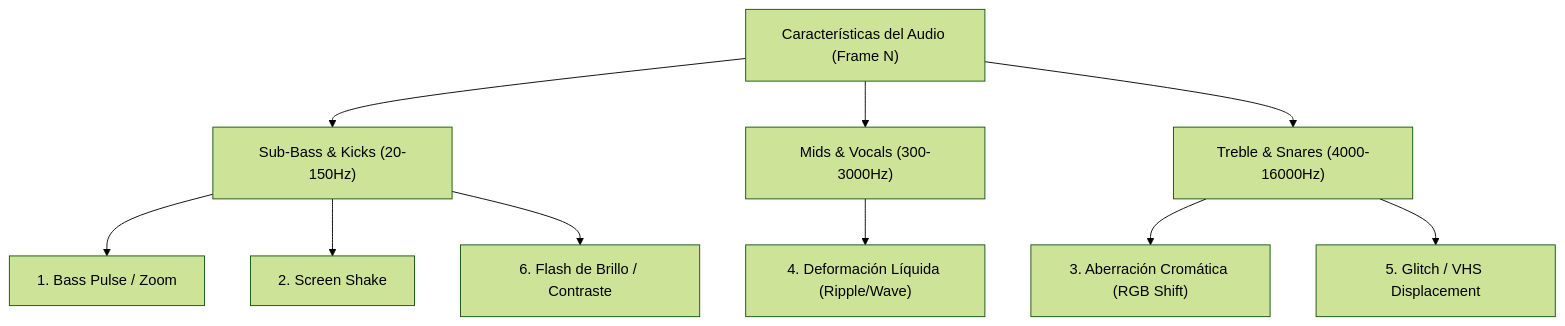
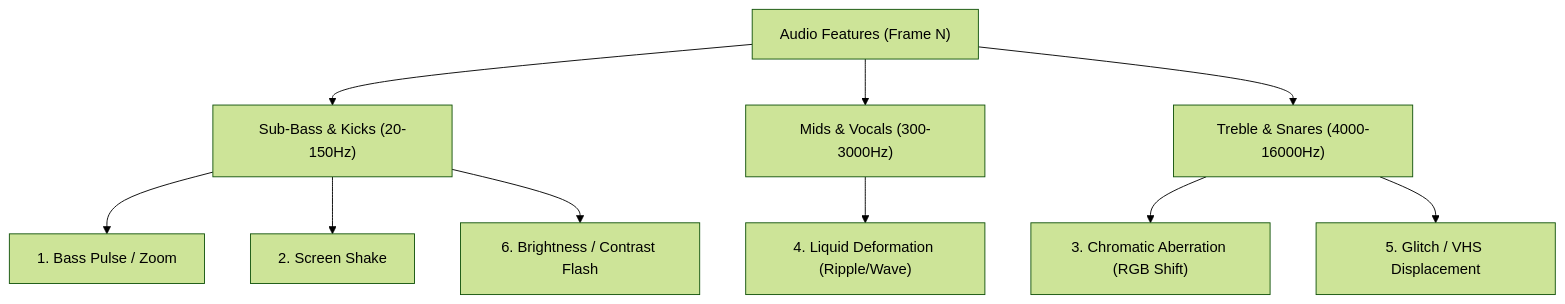
Before and after one commit to JulioGuillermo/AudioViz: the diagram in planning/03_VISUAL_EFFECTS_AND_BACKGROUND.md, drawn with Mermaid (forest theme). The commit also changed other lines of this file and 99 other files, not shown here.

First line of the commit message:
Translate everything to English with a selectable UI language; lyric editing on the timeline

````diff
--- a/planning/03_VISUAL_EFFECTS_AND_BACKGROUND.md
+++ b/planning/03_VISUAL_EFFECTS_AND_BACKGROUND.md
@@ -24,14 +24,14 @@
 ```mermaid
 flowchart TD
-    AudioFeatures["Características del Audio (Frame N)"]
+    AudioFeatures["Audio Features (Frame N)"]
     AudioFeatures --> Bass["Sub-Bass & Kicks (20-150Hz)"]
     AudioFeatures --> Mids["Mids & Vocals (300-3000Hz)"]
     AudioFeatures --> Treble["Treble & Snares (4000-16000Hz)"]
     
     Bass --> ZoomPulse["1. Bass Pulse / Zoom"]
     Bass --> Shake["2. Screen Shake"]
-    Treble --> ChromaticAberration["3. Aberración Cromática (RGB Shift)"]
-    Mids --> WaveRipple["4. Deformación Líquida (Ripple/Wave)"]
+    Treble --> ChromaticAberration["3. Chromatic Aberration (RGB Shift)"]
+    Mids --> WaveRipple["4. Liquid Deformation (Ripple/Wave)"]
     Treble --> Glitch["5. Glitch / VHS Displacement"]
-    Bass --> ColorLighting["6. Flash de Brillo / Contraste"]
+    Bass --> ColorLighting["6. Brightness / Contrast Flash"]
 ```
````
